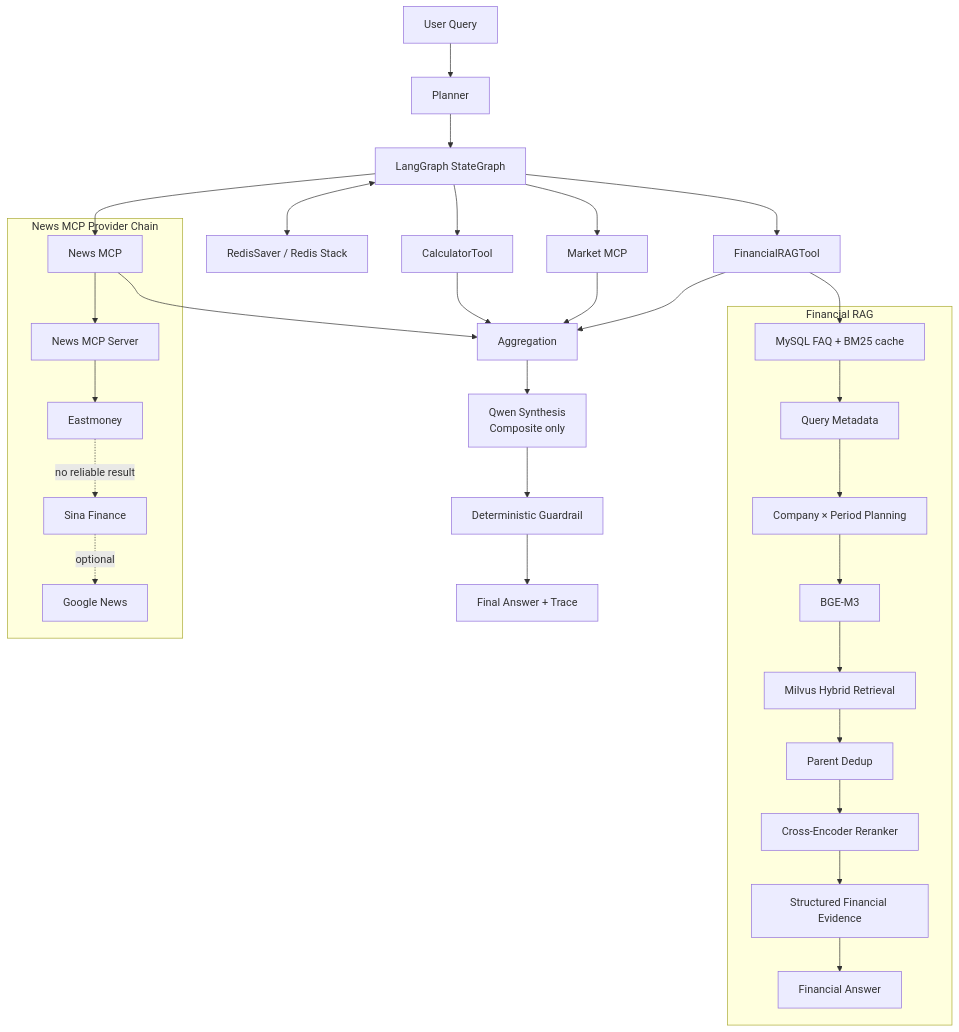
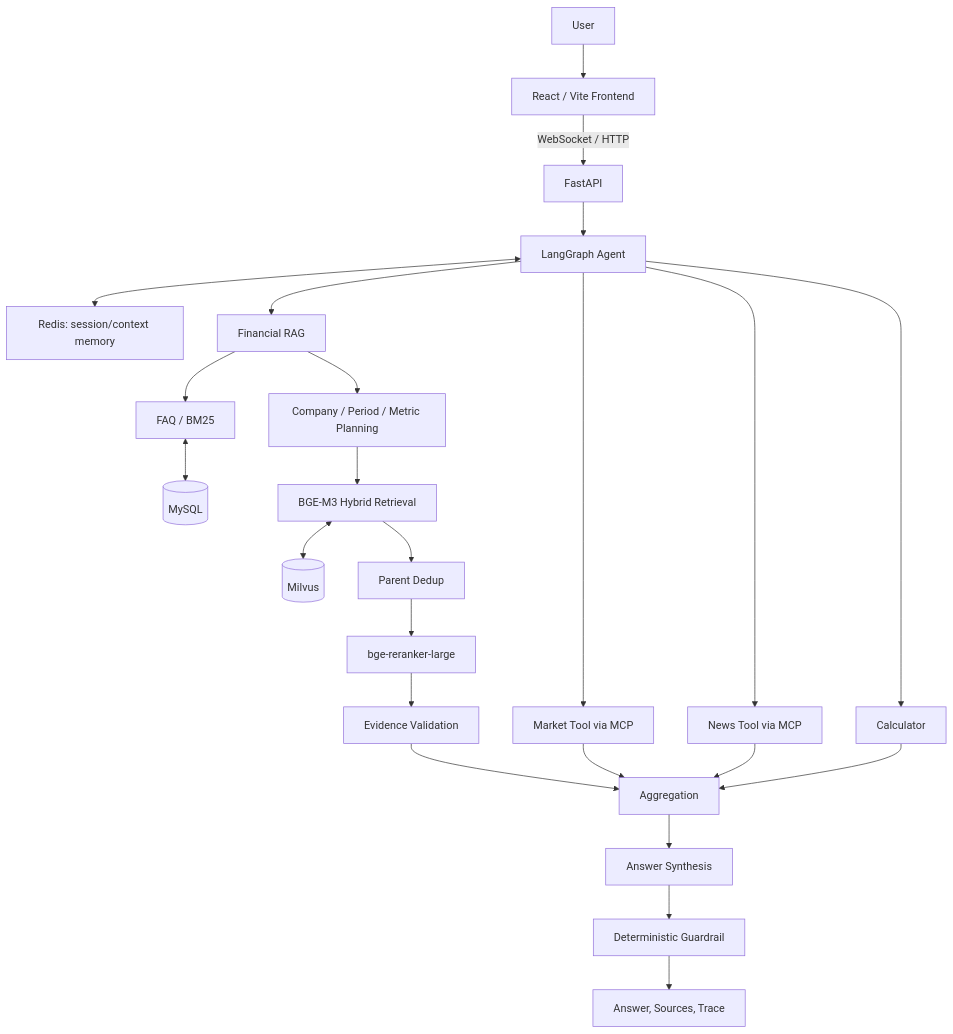
One commit to jinxi0407/financial_agentic_rag changed the diagram in README.md. Above: the diagram before and after it, drawn with Mermaid. The commit also changed other lines of this file and 3 other files, not shown here.

````diff
--- a/README.md
+++ b/README.md
@@ -30,37 +28,29 @@
 ```mermaid
 flowchart TB
-    U[User Query] --> P[Planner]
-    P --> G[LangGraph StateGraph]
-    G <--> RS[RedisSaver / Redis Stack]
+    U[User] --> FE[React / Vite Frontend]
+    FE -->|WebSocket / HTTP| API[FastAPI]
+    API --> AG[LangGraph Agent]
+    AG <--> MEM[Redis: session/context memory]
 
-    G --> FR[FinancialRAGTool]
-    G --> MT[Market MCP]
-    G --> NT[News MCP]
-    G --> CT[CalculatorTool]
-    FR --> AG[Aggregation]
-    MT --> AG
-    NT --> AG
-    CT --> AG
-    AG --> SY[Qwen Synthesis<br/>Composite only]
-    SY --> GR[Deterministic Guardrail]
-    GR --> A[Final Answer + Trace]
+    AG --> FR[Financial RAG]
+    AG --> MT[Market Tool via MCP]
+    AG --> NT[News Tool via MCP]
+    AG --> CT[Calculator]
 
-    subgraph RAG[Financial RAG]
-        FAQ[MySQL FAQ + BM25 cache] --> QM[Query Metadata]
-        QM --> TP[Company × Period Planning]
-        TP --> EM[BGE-M3]
-        EM --> MV[Milvus Hybrid Retrieval]
-        MV --> PD[Parent Dedup]
-        PD --> RR[Cross-Encoder Reranker]
-        RR --> FE[Structured Financial Evidence]
-        FE --> FA[Financial Answer]
-    end
-    FR --> FAQ
+    FR --> FAQ[FAQ / BM25]
+    FAQ <--> MYSQL[(MySQL)]
+    FR --> META[Company / Period / Metric Planning]
+    META --> RET[BGE-M3 Hybrid Retrieval]
+    RET <--> MILVUS[(Milvus)]
+    RET --> PD[Parent Dedup]
+    PD --> RR[bge-reranker-large]
+    RR --> EV[Evidence Validation]
 
-    subgraph NEWS[News MCP Provider Chain]
-        NT --> NS[News MCP Server]
-        NS --> EMN[Eastmoney]
-        EMN -. no reliable result .-> SN[Sina Finance]
-        SN -. optional .-> GN[Google News]
-    end
+    MT --> AGG[Aggregation]
+    NT --> AGG
+    CT --> AGG
+    EV --> AGG
+    AGG --> SYN[Answer Synthesis]
+    SYN --> GR[Deterministic Guardrail]
+    GR --> OUT[Answer, Sources, Trace]
 ```
````
